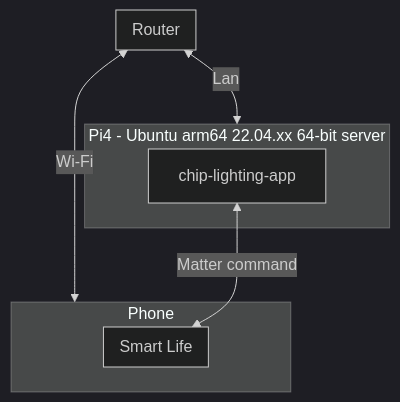
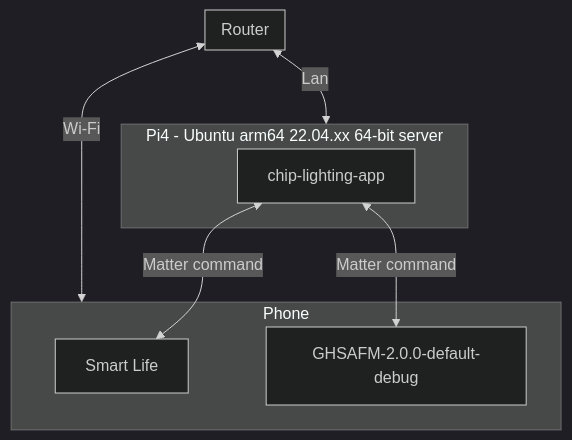
The eighth of 14 diagrams in helper_Matter.md (lankahsu520/HelperX), drawn with Mermaid (dark theme) before and after one commit. The commit also changed other lines of this file and 8 other files, not shown here.

````diff
--- a/helper_Matter.md
+++ b/helper_Matter.md
@@ -1350,17 +1476,18 @@
 ```mermaid
 flowchart BT
 	subgraph Router[Router]
 	end
 	subgraph Phone[Phone]
-		subgraph SmartLife[Smart Life]
-		end
+		SmartLife[Smart Life]
+		GHSAFM[GHSAFM-2.0.0-default-debug]
 	end
 	subgraph Pi4[Pi4 - Ubuntu arm64 22.04.xx 64-bit server]
 		chip-lighting-app[chip-lighting-app]
 	end
 	
 	Phone <--> |Wi-Fi|Router
 	Pi4 <--> |Lan|Router
 	
 	SmartLife<--> |Matter command| chip-lighting-app
+	GHSAFM<--> |Matter command| chip-lighting-app
 ```
````
